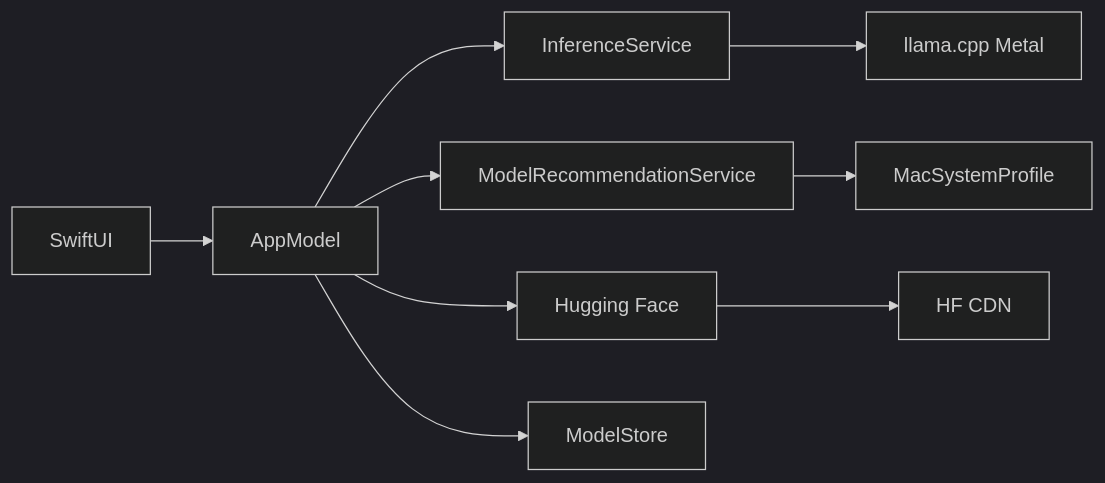
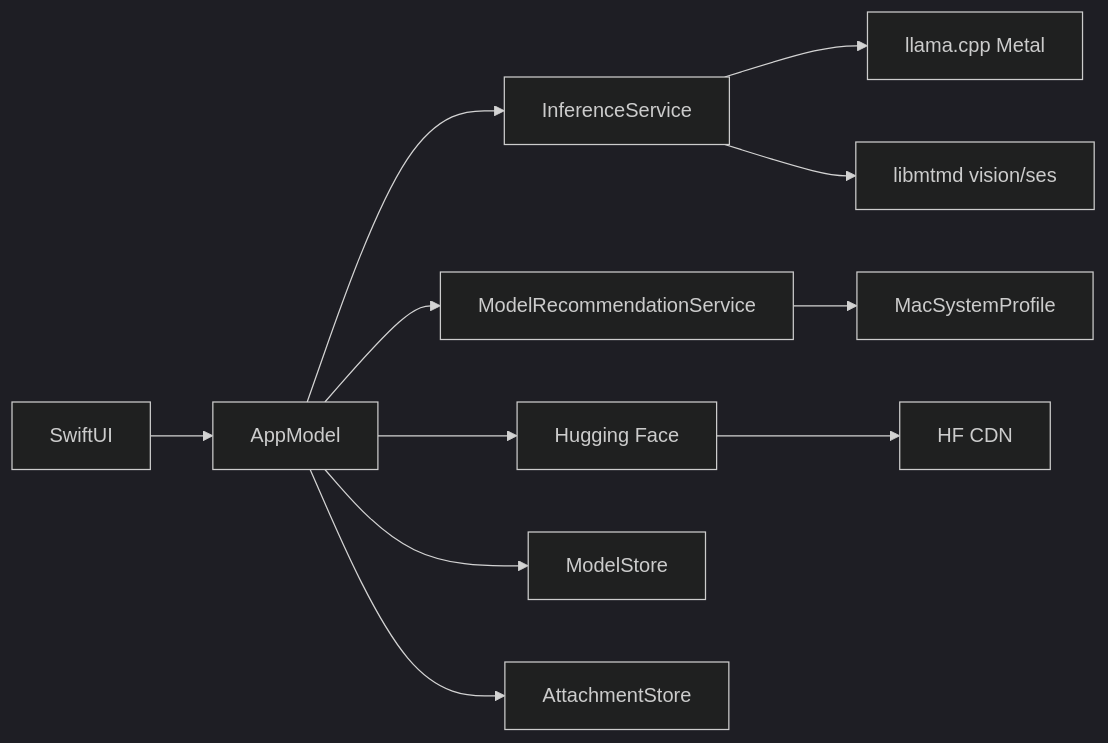
Before and after one commit to kuarezma/MacLLM: the diagram in README.tr.md, drawn with Mermaid (dark theme). The commit also changed other lines of this file and 29 other files, not shown here.

First line of the commit message:
Release v1.6.0: multimodal attachments, mtmd vision, reply sanitization

````diff
--- a/README.tr.md
+++ b/README.tr.md
@@ -222,11 +240,13 @@
 ```mermaid
 flowchart LR
     UI[SwiftUI] --> AppModel
     AppModel --> Inference[InferenceService]
     AppModel --> Rec[ModelRecommendationService]
     AppModel --> HF[Hugging Face]
     Rec --> Profile[MacSystemProfile]
     Inference --> Llama[llama.cpp Metal]
+    Inference --> Mtmd[libmtmd vision/ses]
     HF --> CDN[HF CDN]
     AppModel --> Store[ModelStore]
+    AppModel --> Attach[AttachmentStore]
 ```
````
